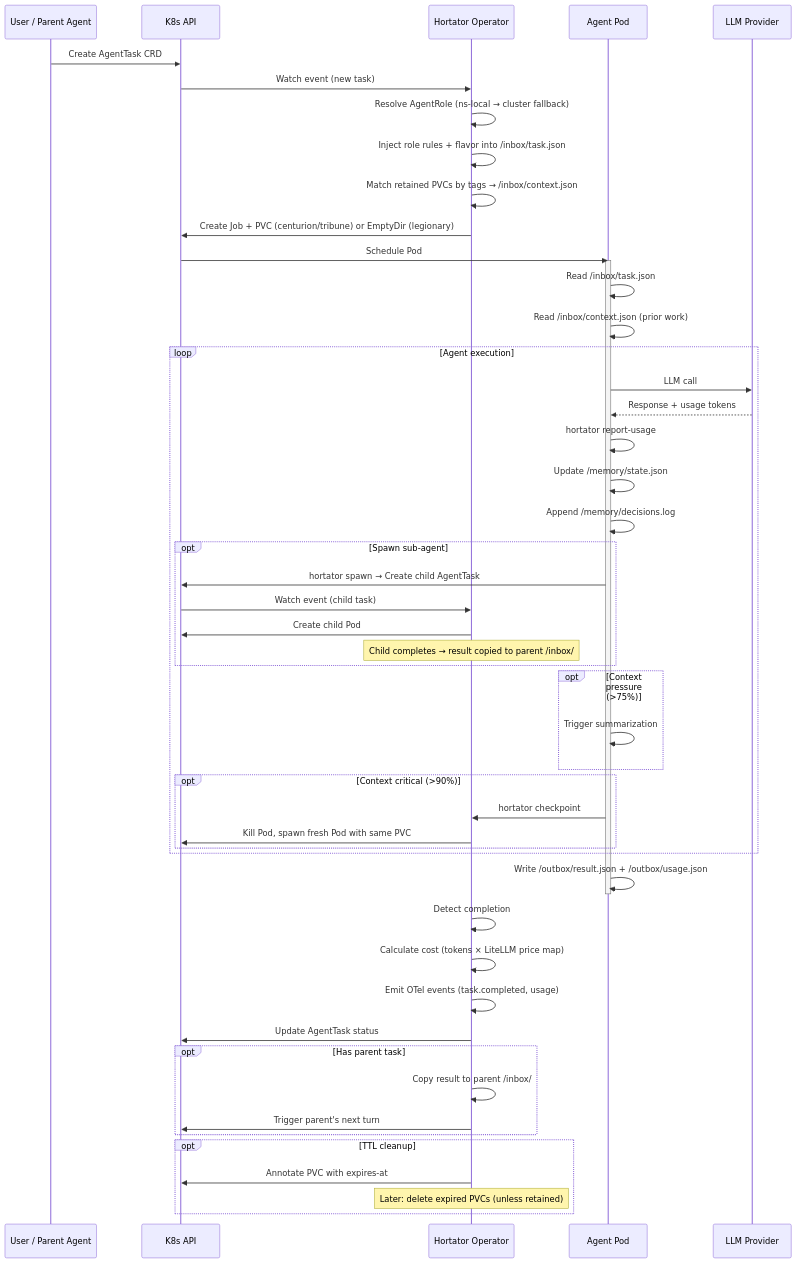
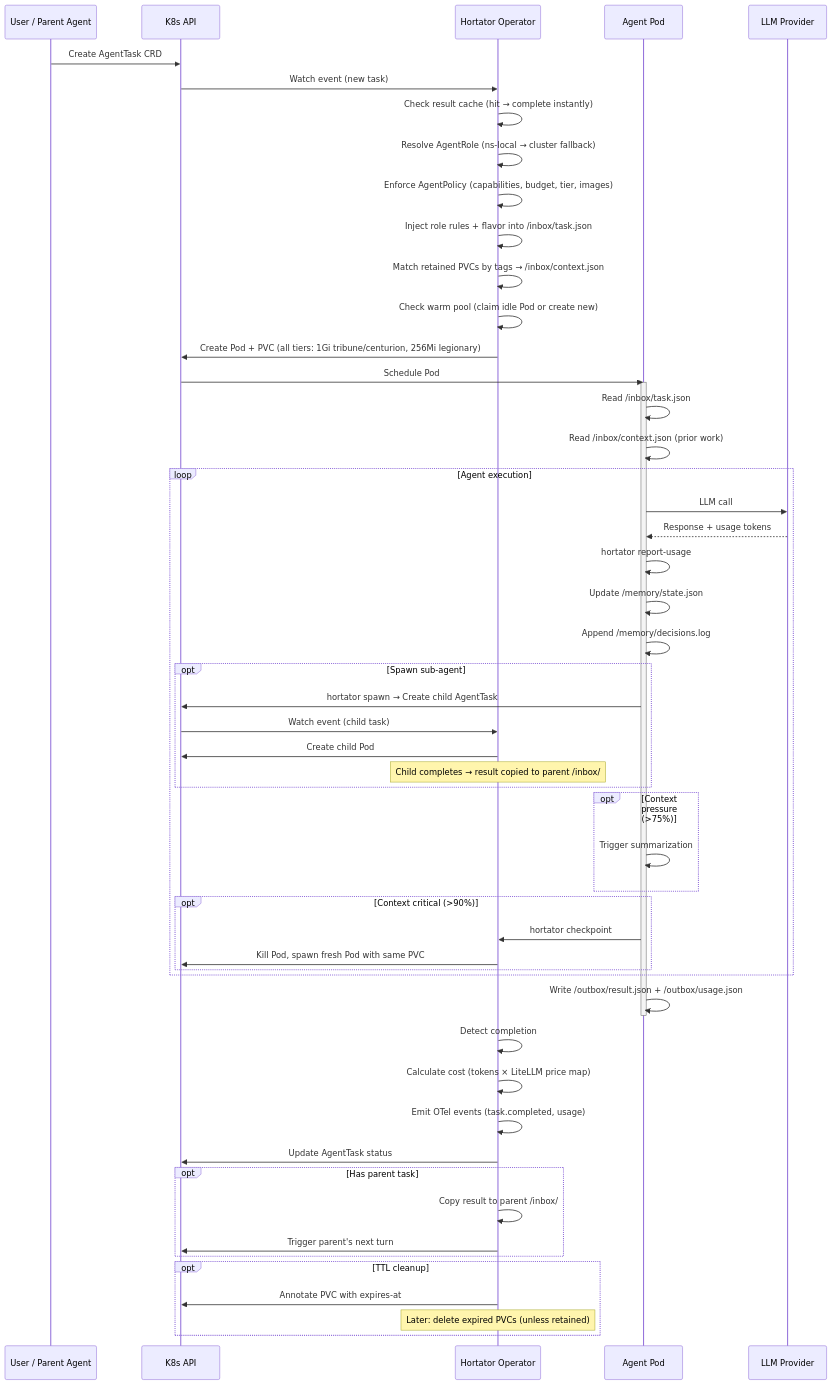
One commit to hortator-ai/Hortator changed the second of 4 diagrams in docs/architecture.md. Above: the diagram before and after it, drawn with Mermaid. The commit also changed other lines of this file and 19 other files, not shown here.

````diff
--- a/docs/architecture.md
+++ b/docs/architecture.md
@@ -92,62 +96,65 @@
 ```mermaid
 sequenceDiagram
     participant U as User / Parent Agent
     participant K as K8s API
     participant O as Hortator Operator
     participant P as Agent Pod
     participant L as LLM Provider
 
     U->>K: Create AgentTask CRD
     K->>O: Watch event (new task)
+    O->>O: Check result cache (hit → complete instantly)
     O->>O: Resolve AgentRole (ns-local → cluster fallback)
+    O->>O: Enforce AgentPolicy (capabilities, budget, tier, images)
     O->>O: Inject role rules + flavor into /inbox/task.json
     O->>O: Match retained PVCs by tags → /inbox/context.json
-    O->>K: Create Job + PVC (centurion/tribune) or EmptyDir (legionary)
+    O->>O: Check warm pool (claim idle Pod or create new)
+    O->>K: Create Pod + PVC (all tiers: 1Gi tribune/centurion, 256Mi legionary)
     K->>P: Schedule Pod
     
     activate P
     P->>P: Read /inbox/task.json
     P->>P: Read /inbox/context.json (prior work)
     
     loop Agent execution
         P->>L: LLM call
         L-->>P: Response + usage tokens
         P->>P: hortator report-usage
         P->>P: Update /memory/state.json
         P->>P: Append /memory/decisions.log
         
         opt Spawn sub-agent
             P->>K: hortator spawn → Create child AgentTask
             K->>O: Watch event (child task)
             O->>K: Create child Pod
             Note over O: Child completes → result copied to parent /inbox/
         end
         
         opt Context pressure (>75%)
             P->>P: Trigger summarization
         end
         
         opt Context critical (>90%)
             P->>O: hortator checkpoint
             O->>K: Kill Pod, spawn fresh Pod with same PVC
         end
     end
     
     P->>P: Write /outbox/result.json + /outbox/usage.json
     deactivate P
     
     O->>O: Detect completion
     O->>O: Calculate cost (tokens × LiteLLM price map)
     O->>O: Emit OTel events (task.completed, usage)
     O->>K: Update AgentTask status
     
     opt Has parent task
         O->>O: Copy result to parent /inbox/
         O->>K: Trigger parent's next turn
     end
     
     opt TTL cleanup
         O->>K: Annotate PVC with expires-at
         Note over O: Later: delete expired PVCs (unless retained)
     end
 ```
````
